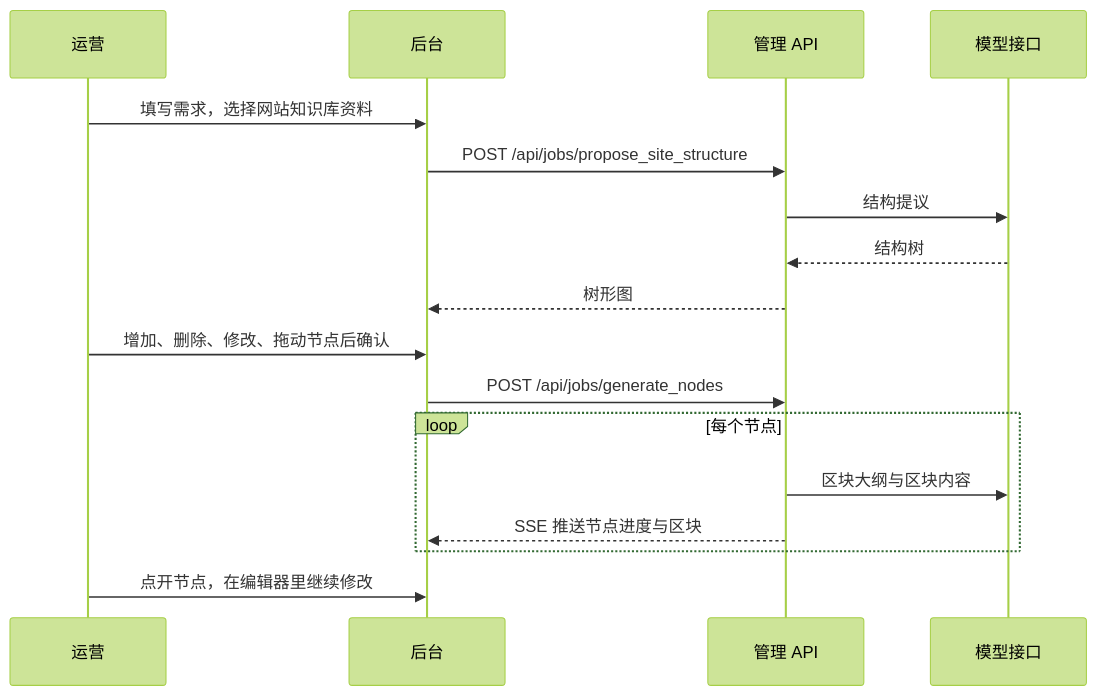
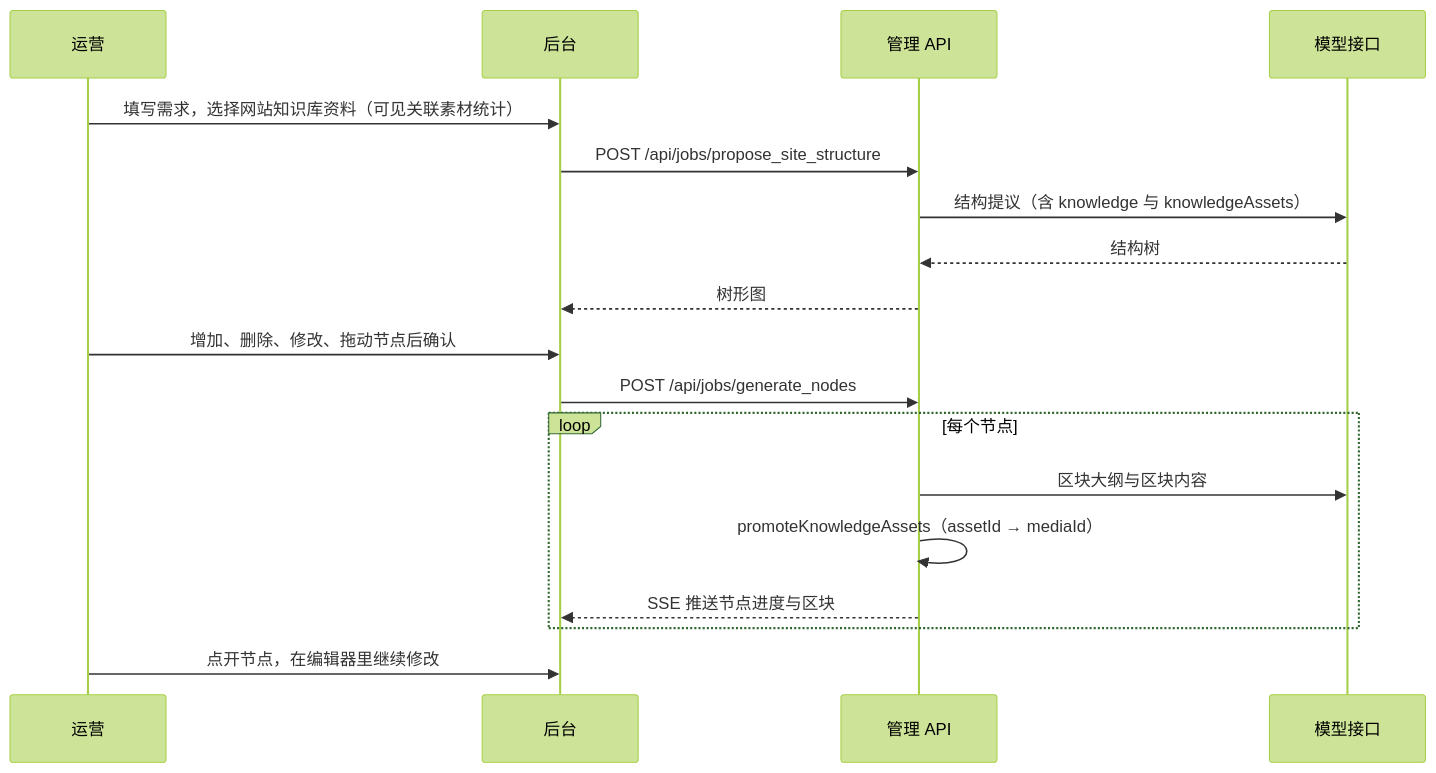
Before and after one commit to SeanLiangYoung/OLPS: the diagram in docs/ai-generation.md, drawn with Mermaid (forest theme). The commit also changed other lines of this file and 7 other files, not shown here.

````diff
--- a/docs/ai-generation.md
+++ b/docs/ai-generation.md
@@ -35,20 +49,21 @@
 ```mermaid
 sequenceDiagram
   participant U as 运营
   participant Admin as 后台
   participant API as 管理 API
   participant AI as 模型接口
 
-  U->>Admin: 填写需求，选择网站知识库资料
+  U->>Admin: 填写需求，选择网站知识库资料（可见关联素材统计）
   Admin->>API: POST /api/jobs/propose_site_structure
-  API->>AI: 结构提议
+  API->>AI: 结构提议（含 knowledge 与 knowledgeAssets）
   AI-->>API: 结构树
   API-->>Admin: 树形图
   U->>Admin: 增加、删除、修改、拖动节点后确认
   Admin->>API: POST /api/jobs/generate_nodes
   loop 每个节点
     API->>AI: 区块大纲与区块内容
+    API->>API: promoteKnowledgeAssets（assetId → mediaId）
     API-->>Admin: SSE 推送节点进度与区块
   end
   U->>Admin: 点开节点，在编辑器里继续修改
 ```
````
